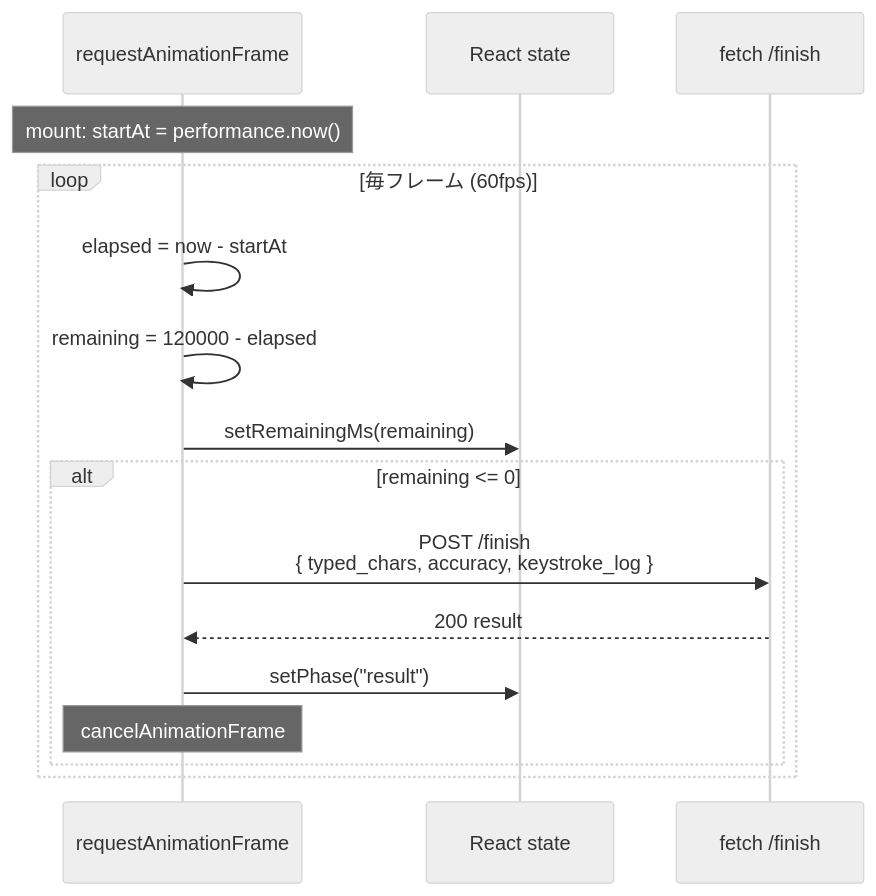
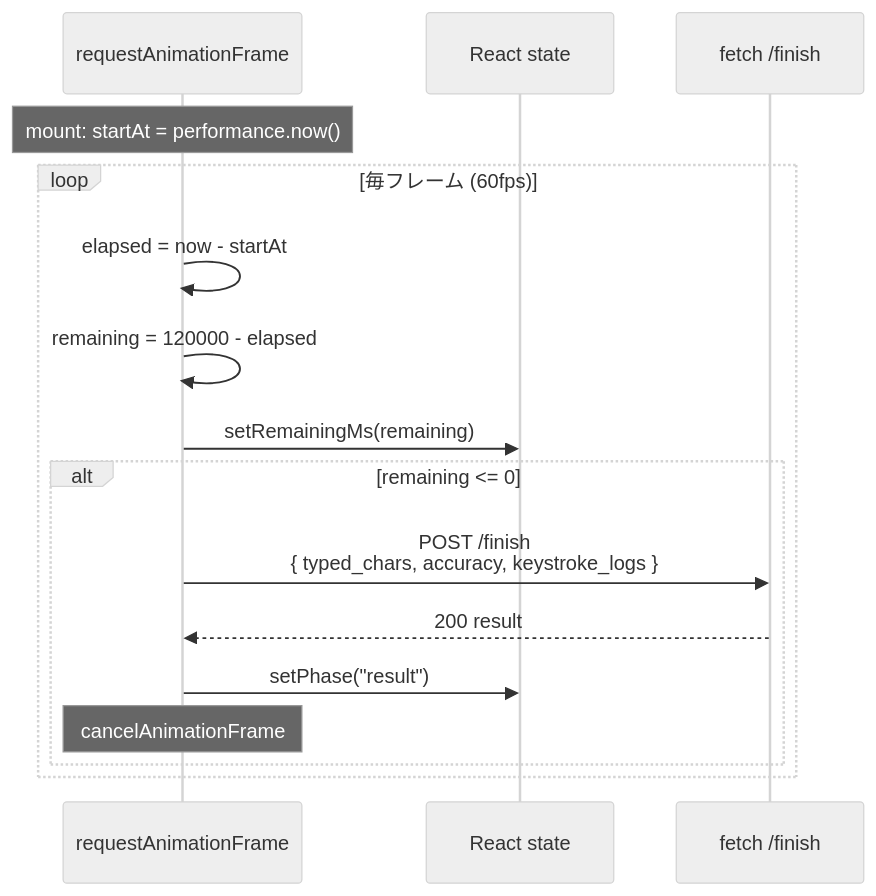
Before and after one commit to kentakki416/typing-royale: the third of 4 diagrams in docs/spec/typing-engine/step4-web-language-select-and-play.md, drawn with Mermaid (neutral theme). The commit also changed other lines of this file and 13 other files, not shown here.

First line of the commit message:
refactor(typing-engine): KeystrokeEntry のフィールド名を descriptive に / KeystrokeLog → KeystrokeLogs

````diff
--- a/docs/spec/typing-engine/step4-web-language-select-and-play.md
+++ b/docs/spec/typing-engine/step4-web-language-select-and-play.md
@@ -108,19 +108,19 @@
 ```mermaid
 sequenceDiagram
     participant rAF as requestAnimationFrame
     participant State as React state
     participant Finish as fetch /finish
 
     Note over rAF: mount: startAt = performance.now()
     loop 毎フレーム (60fps)
         rAF->>rAF: elapsed = now - startAt
         rAF->>rAF: remaining = 120000 - elapsed
         rAF->>State: setRemainingMs(remaining)
         alt remaining <= 0
-            rAF->>Finish: POST /finish<br/>{ typed_chars, accuracy, keystroke_log }
+            rAF->>Finish: POST /finish<br/>{ typed_chars, accuracy, keystroke_logs }
             Finish-->>rAF: 200 result
             rAF->>State: setPhase("result")
             Note over rAF: cancelAnimationFrame
         end
     end
 ```
````
